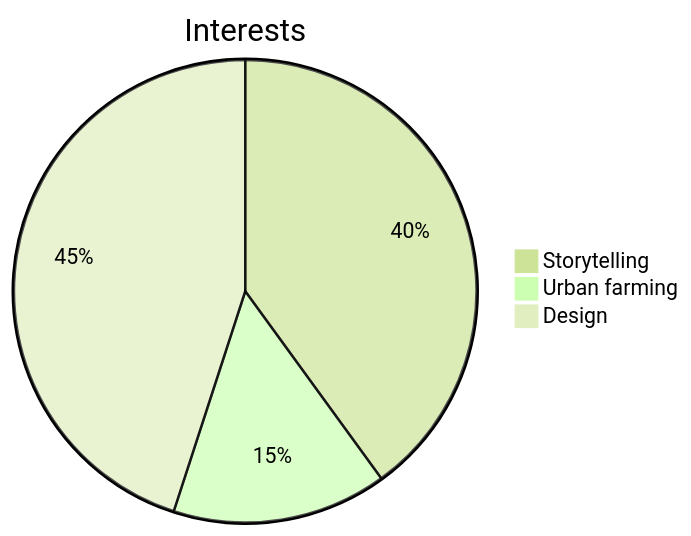
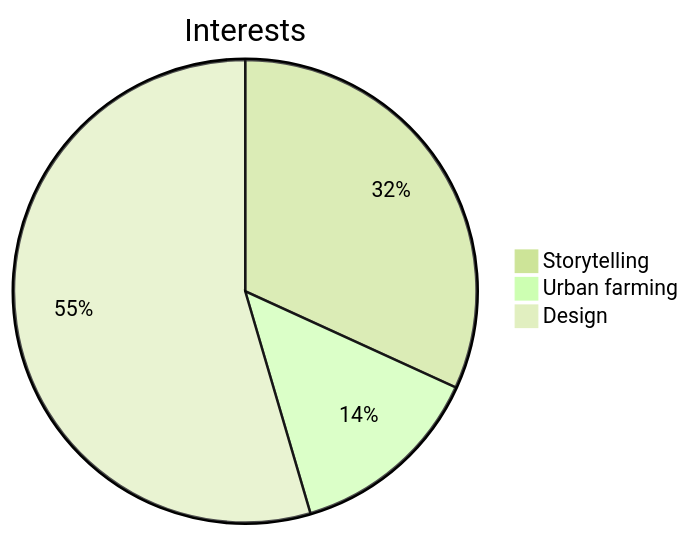
The diagram in README.md (melanielaporte/melanielaporte), drawn with Mermaid (forest theme) before and after one commit. The commit also changed other lines of this file, not shown here.

````diff
--- a/README.md
+++ b/README.md
@@ -36,7 +37,7 @@
 ```mermaid
 pie
     title Interests
-    "Storytelling" : 40
+    "Storytelling" : 35
     "Urban farming" : 15
-    "Design" : 45 
+    "Design" : 60 
 ```
````
